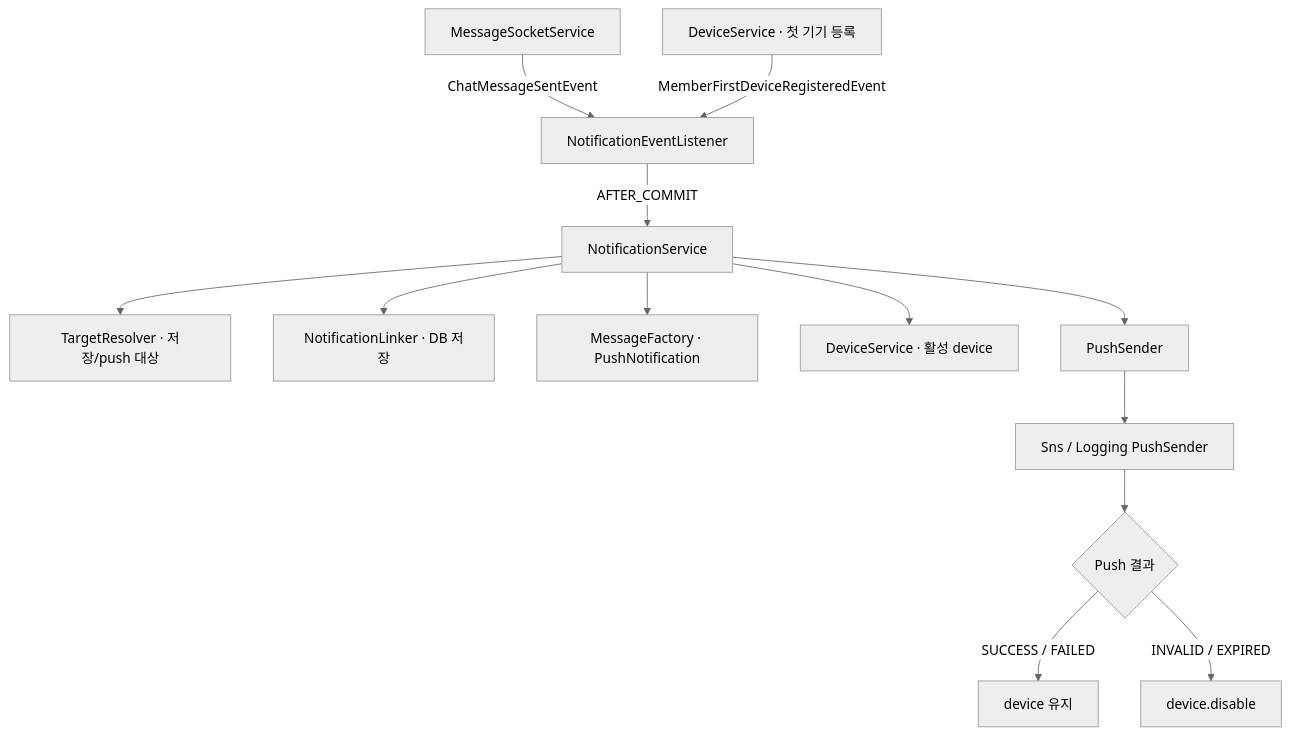
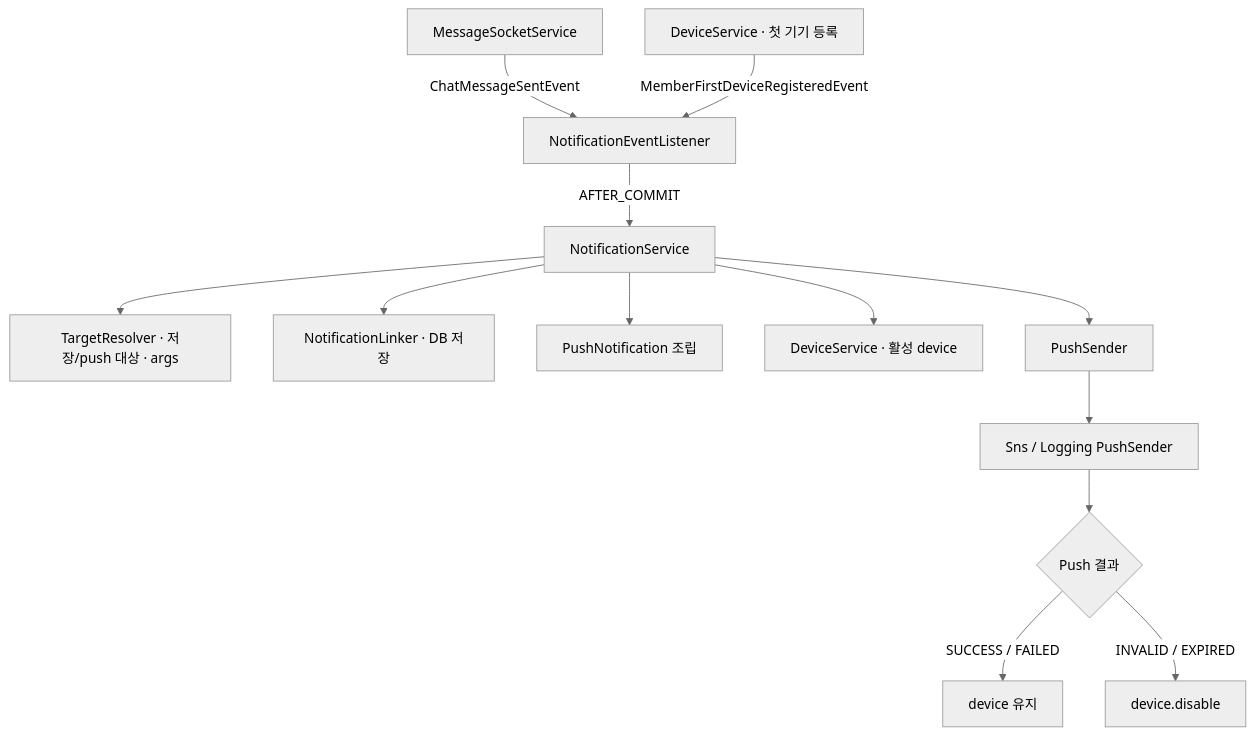
The first of 4 diagrams in apps/api/docs/notification-architecture.md (mortonCareer/bconnect), drawn with Mermaid (neutral theme) before and after one commit. The commit also changed other lines of this file and 8 other files, not shown here.

Commit message:
refactor(be): 알림 args 생성을 TargetResolver로 이동, MessageFactory 제거

````diff
--- a/apps/api/docs/notification-architecture.md
+++ b/apps/api/docs/notification-architecture.md
@@ -7,15 +7,15 @@
 ```mermaid
 flowchart TD
     Socket[MessageSocketService] -- ChatMessageSentEvent --> Listener[NotificationEventListener]
     DevReg[DeviceService · 첫 기기 등록] -- MemberFirstDeviceRegisteredEvent --> Listener
     Listener -- AFTER_COMMIT --> Svc[NotificationService]
-    Svc --> Resolver[TargetResolver · 저장/push 대상]
+    Svc --> Resolver[TargetResolver · 저장/push 대상 · args]
     Svc --> Linker[NotificationLinker · DB 저장]
-    Svc --> Factory[MessageFactory · PushNotification]
+    Svc --> Msg[PushNotification 조립]
     Svc --> Device[DeviceService · 활성 device]
     Svc --> Sender[PushSender]
     Sender --> Infra[Sns / Logging PushSender]
     Infra --> Res{Push 결과}
     Res -- SUCCESS / FAILED --> Keep[device 유지]
     Res -- INVALID / EXPIRED --> Off[device.disable]
 ```
````
